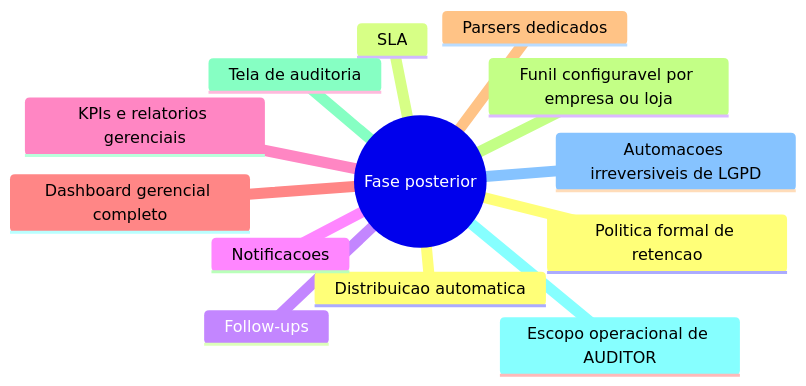
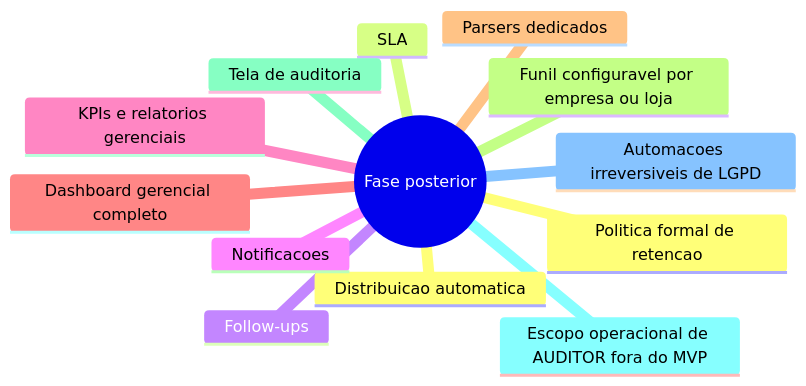
Before and after one commit to gabrielfelipeoliveira/eai: the fourth of 4 diagrams in docs/negocio/diagrama-produto-consolidado-trello.md, drawn with Mermaid. The commit also changed 37 other files, not shown here.

````diff
--- a/docs/negocio/diagrama-produto-consolidado-trello.md
+++ b/docs/negocio/diagrama-produto-consolidado-trello.md
@@ -147,16 +147,16 @@
 ```mermaid
 mindmap
   root((Fase posterior))
     Distribuicao automatica
     SLA
     Follow-ups
     Notificacoes
     KPIs e relatorios gerenciais
     Dashboard gerencial completo
     Parsers dedicados
     Funil configuravel por empresa ou loja
     Tela de auditoria
-    Escopo operacional de AUDITOR
+    Escopo operacional de AUDITOR fora do MVP
     Automacoes irreversiveis de LGPD
     Politica formal de retencao
 ```
````
